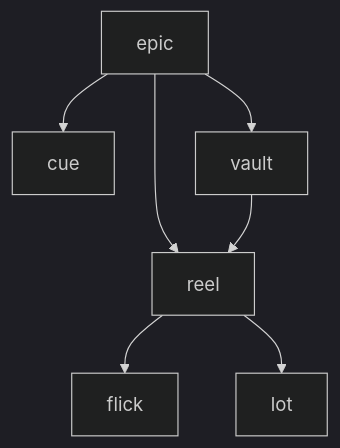
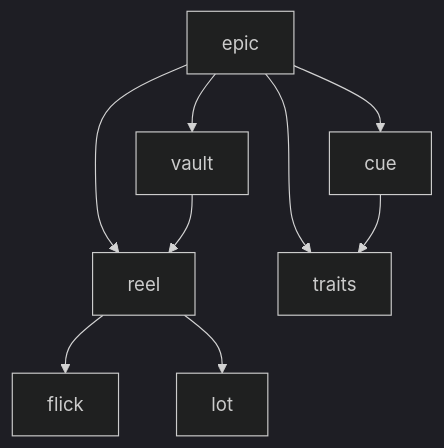
Before and after one commit to bitmonk8/backlot: the diagram in ARCHITECTURE.md, drawn with Mermaid (dark theme). The commit also changed other lines of this file and 22 other files, not shown here.

````diff
--- a/ARCHITECTURE.md
+++ b/ARCHITECTURE.md
@@ -16,9 +16,11 @@
 ```mermaid
 graph TD
     epic --> cue
     epic --> reel
     epic --> vault
+    epic --> traits
+    cue --> traits
     vault --> reel
     reel --> flick
     reel --> lot
 ```
````
